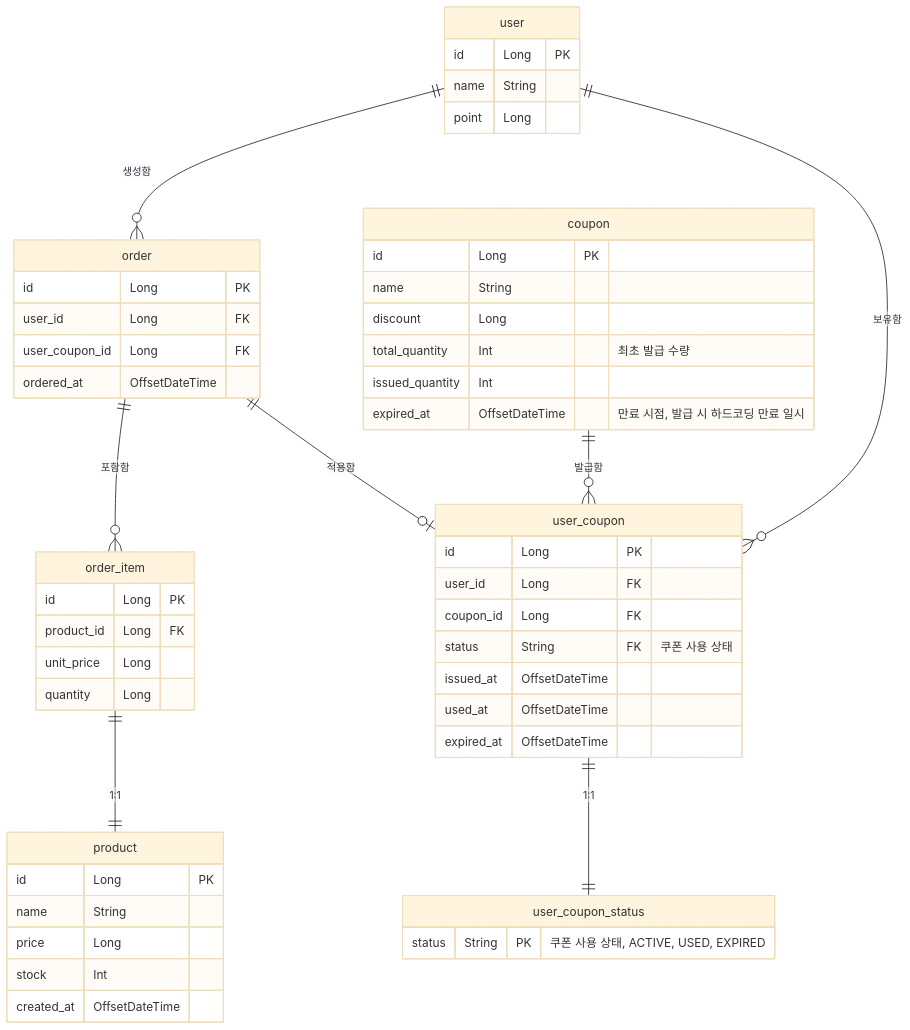
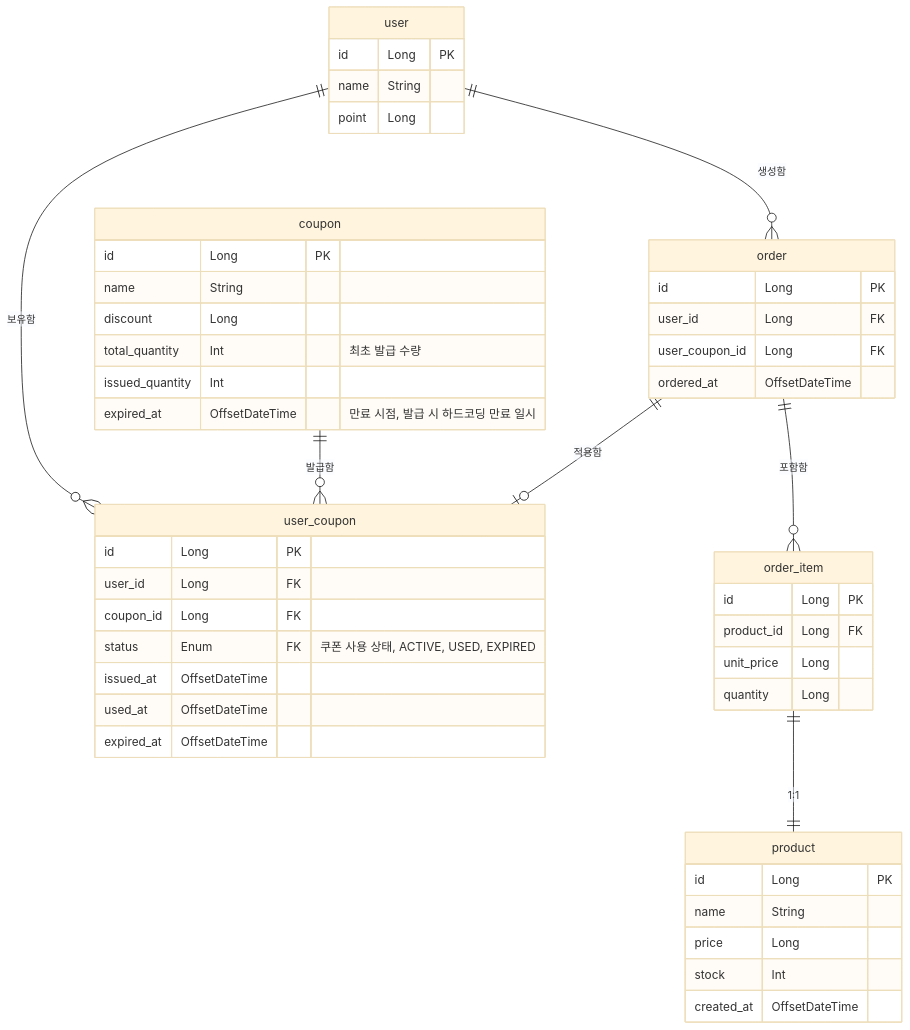
One commit to ite476/hhplus-ecommerce-api changed the diagram in docs/entity-relationship-diagram.md. Above: the diagram before and after it, drawn with Mermaid (base theme).

Commit message:
doc: 쿠폰 상태 ERD 테이블 간소화
> 과도한 정규화 해소

````diff
--- a/docs/entity-relationship-diagram.md
+++ b/docs/entity-relationship-diagram.md
@@ -3,62 +3,57 @@
 ```mermaid
 erDiagram
     user {
         id Long PK
         name String 
         point Long
     }
     
     product {
         id Long PK
         name String 
         price Long
         stock Int
         created_at OffsetDateTime        
     }
     
     coupon {
         id Long PK
         name String
         discount Long
         total_quantity Int "최초 발급 수량"
         issued_quantity Int 
         expired_at OffsetDateTime "만료 시점, 발급 시 하드코딩 만료 일시"
     }
     
     user_coupon {
         id Long PK
         user_id Long FK
         coupon_id Long FK
-        status String FK "쿠폰 사용 상태"
+        status Enum FK "쿠폰 사용 상태, ACTIVE, USED, EXPIRED"
         issued_at OffsetDateTime
         used_at OffsetDateTime
         expired_at OffsetDateTime
-    }
-    
-    user_coupon_status {
-        status String PK "쿠폰 사용 상태, ACTIVE, USED, EXPIRED"
     }
     
     order {
         id Long PK
         user_id Long FK
         user_coupon_id Long FK
         ordered_at OffsetDateTime        
     }
     
     order_item {
         id Long PK
         product_id Long FK
         unit_price Long 
         quantity Long
     }
     
     user ||--o{ order : "생성함"
         order ||--o{ order_item : "포함함"
         order_item ||--|| product : "1:1"
     
     user ||--o{ user_coupon : "보유함"
-    user_coupon ||--|| user_coupon_status : "1:1"
     coupon ||--o{ user_coupon : "발급함"
     order ||--o| user_coupon : "적용함"
 ```
````
